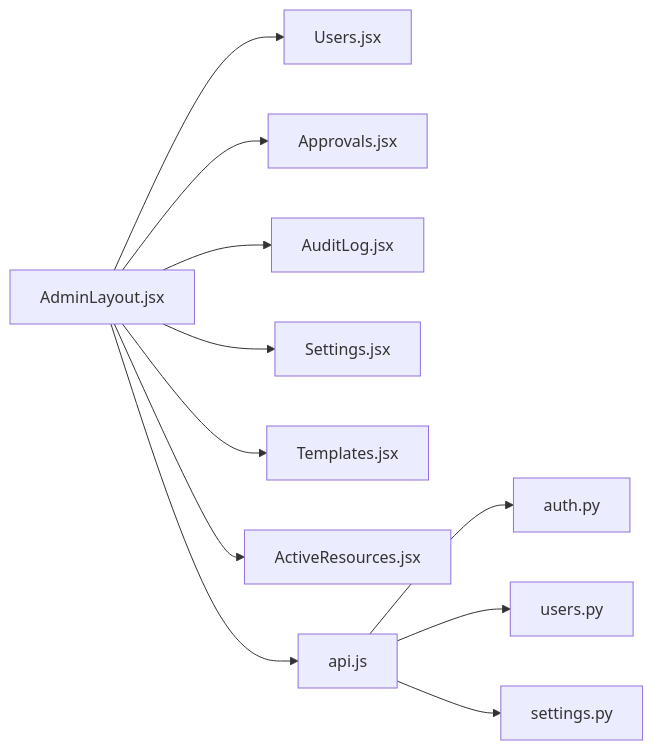
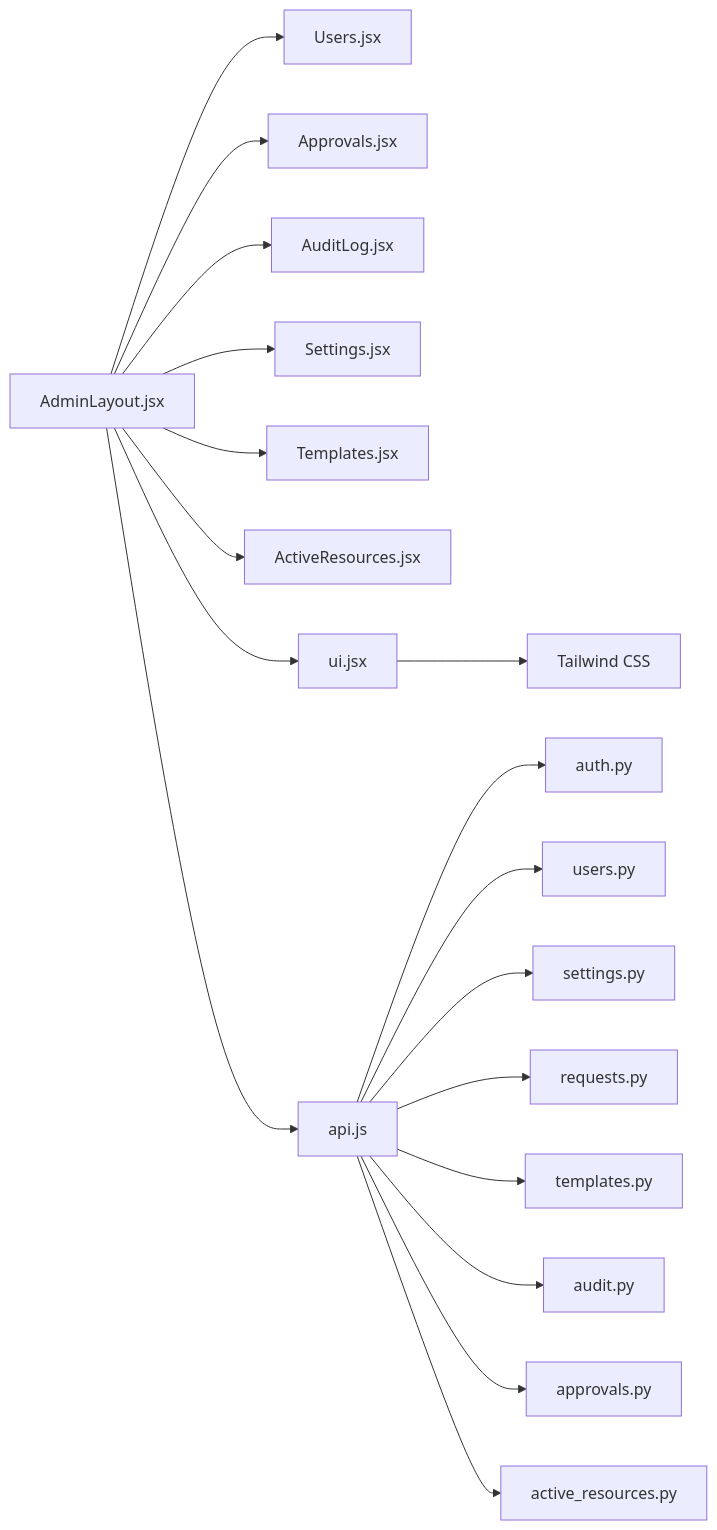
The third of 3 diagrams in .qoder/repowiki/en/content/Frontend Development/Page Components & Routing/Admin Layout & Navigation.md (14Lucifer/hackathon_ecs_creator), drawn with Mermaid before and after one commit. The commit also changed other lines of this file and 120 other files, not shown here.

````diff
--- a/.qoder/repowiki/en/content/Frontend Development/Page Components & Routing/Admin Layout & Navigation.md
+++ b/.qoder/repowiki/en/content/Frontend Development/Page Components & Routing/Admin Layout & Navigation.md
@@ -271,13 +350,20 @@
 ```mermaid
 graph LR
 AL["AdminLayout.jsx"] --> P1["Users.jsx"]
 AL --> P2["Approvals.jsx"]
 AL --> P3["AuditLog.jsx"]
 AL --> P4["Settings.jsx"]
 AL --> P5["Templates.jsx"]
 AL --> P6["ActiveResources.jsx"]
+AL --> UI["ui.jsx"]
 AL --> API["api.js"]
+UI --> STYLES["Tailwind CSS"]
 API --> AUTH["auth.py"]
 API --> R1["users.py"]
 API --> R2["settings.py"]
+API --> R3["requests.py"]
+API --> R4["templates.py"]
+API --> R5["audit.py"]
+API --> R6["approvals.py"]
+API --> R7["active_resources.py"]
 ```
````
